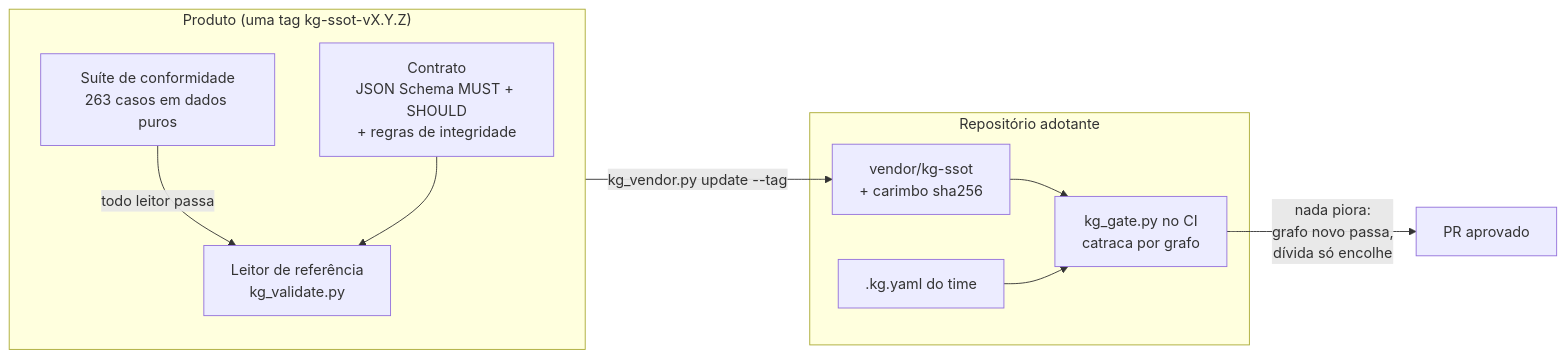
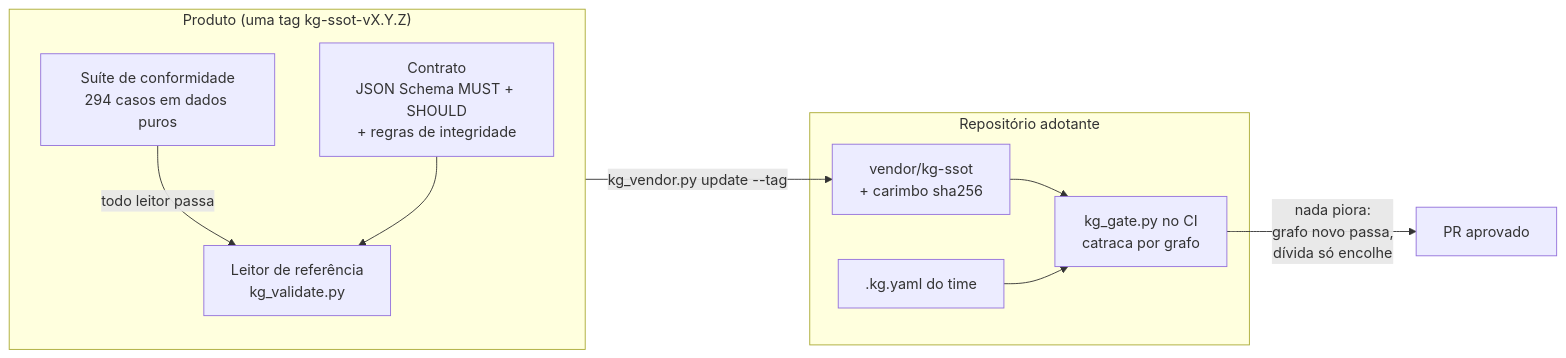
Before and after one commit to marciocar/kg-ssot: the diagram in README.md, drawn with Mermaid. The commit also changed other lines of this file and 46 other files, not shown here.

````diff
--- a/README.md
+++ b/README.md
@@ -90,19 +90,19 @@
 ```mermaid
 flowchart LR
   subgraph produto["Produto (uma tag kg-ssot-vX.Y.Z)"]
     C["Contrato<br/>JSON Schema MUST + SHOULD<br/>+ regras de integridade"]
-    S["Suíte de conformidade<br/>263 casos em dados puros"]
+    S["Suíte de conformidade<br/>294 casos em dados puros"]
     R["Leitor de referência<br/>kg_validate.py"]
     S -- "todo leitor passa" --> R
     C --> R
   end
   subgraph adotante["Repositório adotante"]
     V["vendor/kg-ssot<br/>+ carimbo sha256"]
     G["kg_gate.py no CI<br/>catraca por grafo"]
     K[".kg.yaml do time"]
     V --> G
     K --> G
   end
   produto -- "kg_vendor.py update --tag" --> V
   G -- "nada piora:<br/>grafo novo passa,<br/>dívida só encolhe" --> PR["PR aprovado"]
 ```
````
